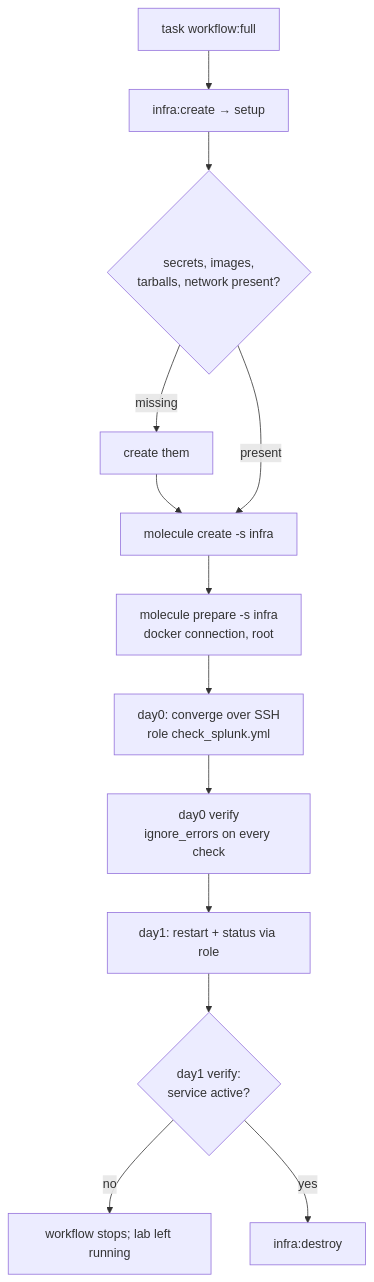
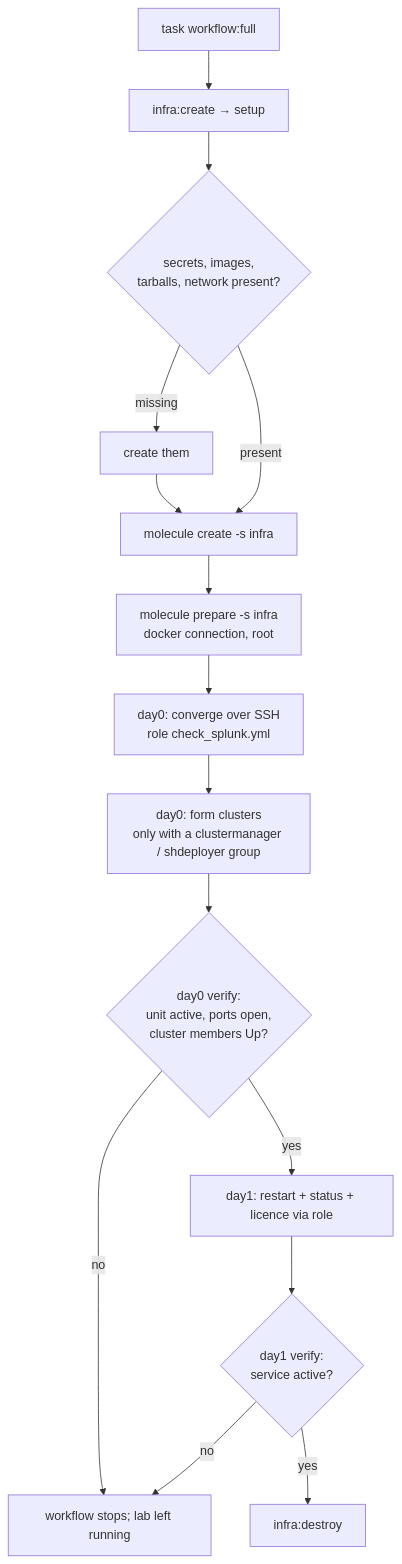
The third of 4 diagrams in docs/specs/05-molecule-virtual-lab/design.md (bayeslearner/ansible-role-for-splunk), drawn with Mermaid before and after one commit. The commit also changed other lines of this file and 3 other files, not shown here.

````diff
--- a/docs/specs/05-molecule-virtual-lab/design.md
+++ b/docs/specs/05-molecule-virtual-lab/design.md
@@ -111,14 +111,16 @@
 ```mermaid
 flowchart TD
   A[task workflow:full] --> B[infra:create → setup]
   B --> C{secrets, images,<br/>tarballs, network present?}
   C -->|missing| C1[create them] --> D
   C -->|present| D[molecule create -s infra]
   D --> E[molecule prepare -s infra<br/>docker connection, root]
   E --> F[day0: converge over SSH<br/>role check_splunk.yml]
-  F --> G[day0 verify<br/>ignore_errors on every check]
-  G --> H[day1: restart + status via role]
+  F --> F2[day0: form clusters<br/>only with a clustermanager / shdeployer group]
+  F2 --> G{day0 verify:<br/>unit active, ports open,<br/>cluster members Up?}
+  G -->|no| X
+  G -->|yes| H[day1: restart + status + licence via role]
   H --> I{day1 verify:<br/>service active?}
   I -->|no| X[workflow stops; lab left running]
   I -->|yes| J[infra:destroy]
 ```
````
